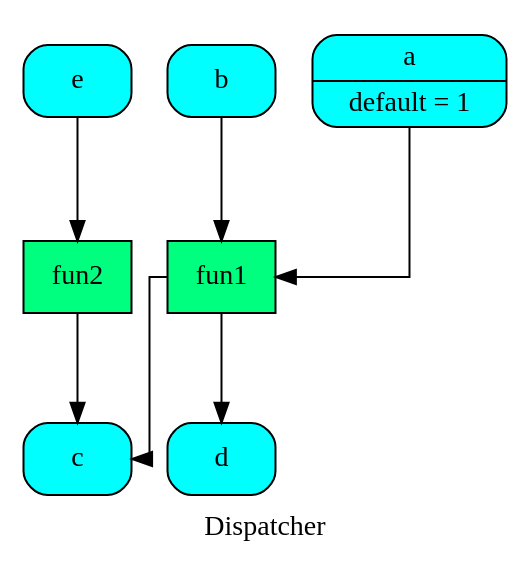
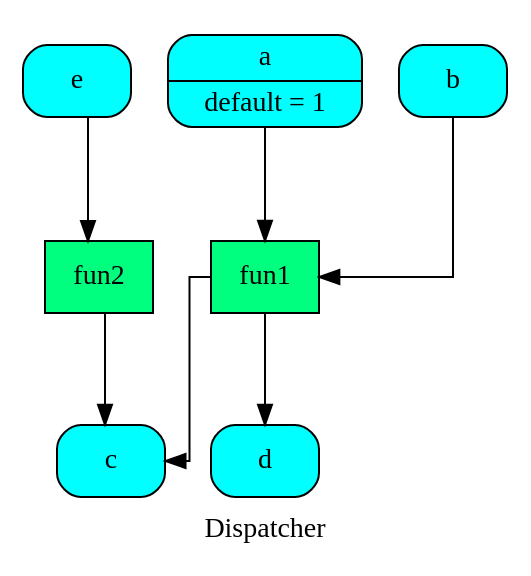
The diagram in doc/source/dispatcher/__init__/get_sub_dsp_from_workflow/dsp.dot (vinci1it2000/schedula), drawn with Graphviz before and after one commit. The commit also changed 24 other files, not shown here.

```diff
--- a/doc/source/dispatcher/__init__/get_sub_dsp_from_workflow/dsp.dot
+++ b/doc/source/dispatcher/__init__/get_sub_dsp_from_workflow/dsp.dot
@@ -1,19 +1,19 @@
 digraph Dispatcher {
 	graph [ratio=1]
 	node [style=filled]
 	splines = ortho
 	label = "Dispatcher"
-		"Dispatcher_-8069443800989944208" [label="{ c  }" fillcolor=cyan shape=Mrecord]
-		"Dispatcher_-4868960230063457645" [label="{ b  }" fillcolor=cyan shape=Mrecord]
-		"Dispatcher_-6154672520566587020" [label="{ a | default = 1 }" fillcolor=cyan shape=Mrecord]
-		Dispatcher_8292886482098159717 [label="{ d  }" fillcolor=cyan shape=Mrecord]
-		Dispatcher_3144123873617747639 [label="{ fun2  }" fillcolor=springgreen shape=record]
-		Dispatcher_5286896467962782986 [label="{ fun1  }" fillcolor=springgreen shape=record]
-		Dispatcher_8757498191479327245 [label="{ e  }" fillcolor=cyan shape=Mrecord]
-			"Dispatcher_-4868960230063457645" -> Dispatcher_5286896467962782986
-			"Dispatcher_-6154672520566587020" -> Dispatcher_5286896467962782986
-			Dispatcher_3144123873617747639 -> "Dispatcher_-8069443800989944208"
-			Dispatcher_5286896467962782986 -> "Dispatcher_-8069443800989944208"
-			Dispatcher_5286896467962782986 -> Dispatcher_8292886482098159717
-			Dispatcher_8757498191479327245 -> Dispatcher_3144123873617747639
+		"Dispatcher_-7463268218442358016" [label="{ e  }" fillcolor=cyan shape=Mrecord]
+		"Dispatcher_-7122603177858460539" [label="{ c  }" fillcolor=cyan shape=Mrecord]
+		Dispatcher_1604388695984732285 [label="{ fun2  }" fillcolor=springgreen shape=record]
+		"Dispatcher_-7056516747543788902" [label="{ fun1  }" fillcolor=springgreen shape=record]
+		"Dispatcher_-8678671152349271859" [label="{ a | default = 1 }" fillcolor=cyan shape=Mrecord]
+		"Dispatcher_-5279003028835121650" [label="{ d  }" fillcolor=cyan shape=Mrecord]
+		Dispatcher_5198365931108737741 [label="{ b  }" fillcolor=cyan shape=Mrecord]
+			"Dispatcher_-7463268218442358016" -> Dispatcher_1604388695984732285
+			Dispatcher_1604388695984732285 -> "Dispatcher_-7122603177858460539"
+			"Dispatcher_-7056516747543788902" -> "Dispatcher_-7122603177858460539"
+			"Dispatcher_-7056516747543788902" -> "Dispatcher_-5279003028835121650"
+			"Dispatcher_-8678671152349271859" -> "Dispatcher_-7056516747543788902"
+			Dispatcher_5198365931108737741 -> "Dispatcher_-7056516747543788902"
 }
```
